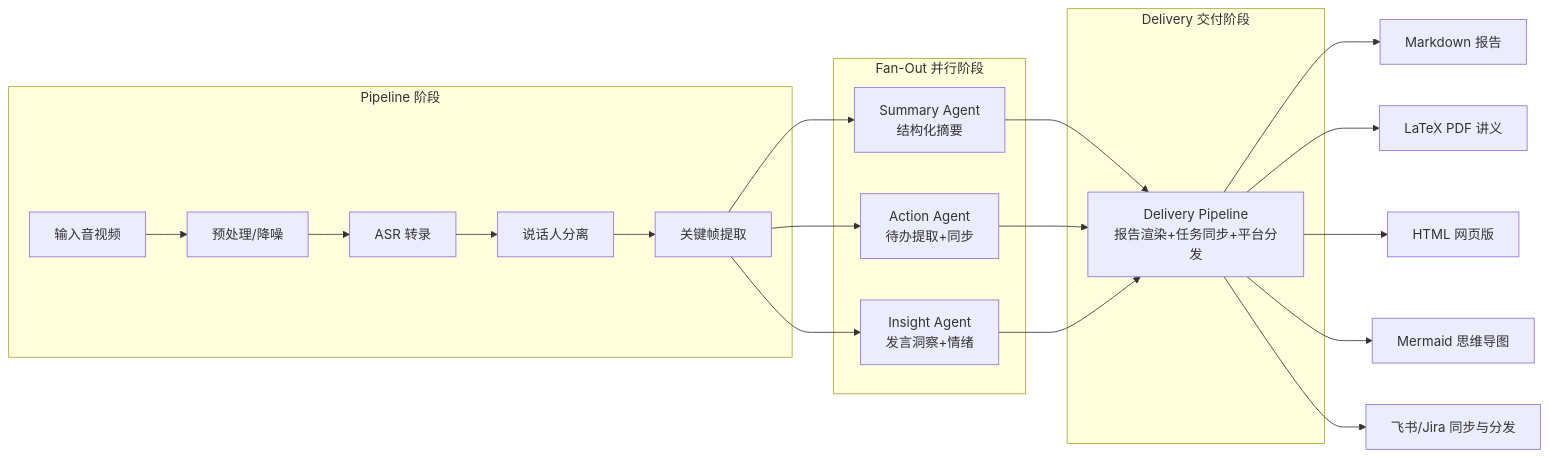
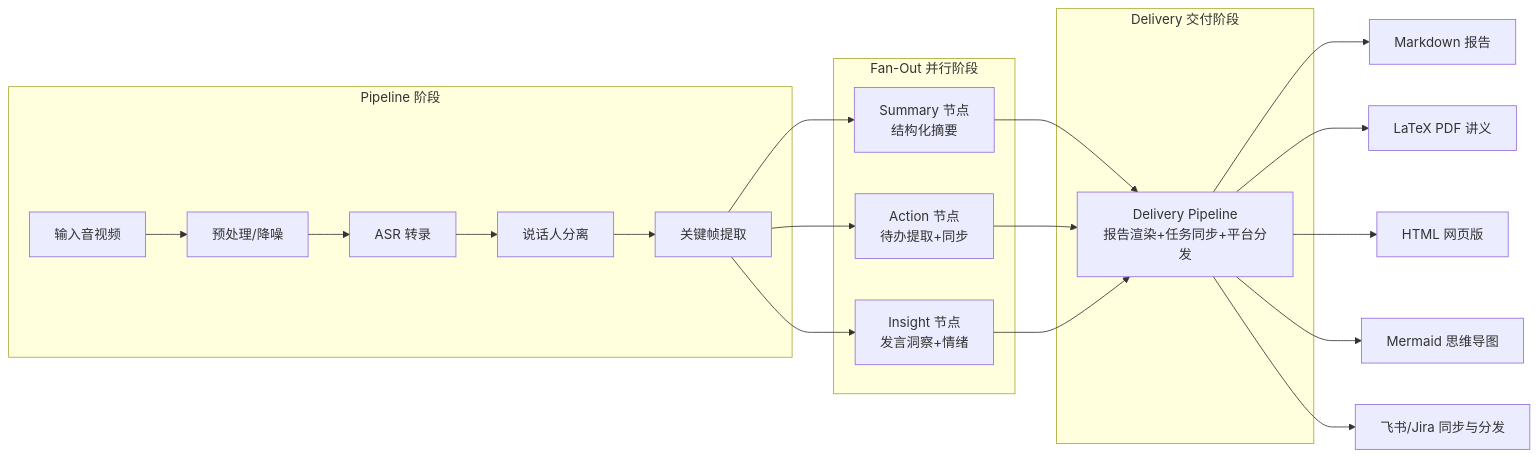
One commit to drfgjko/smartmeet-agent-suite changed the fourth of 5 diagrams in docs/architecture.md. Above: the diagram before and after it, drawn with Mermaid. The commit also changed other lines of this file and 4 other files, not shown here.

````diff
--- a/docs/architecture.md
+++ b/docs/architecture.md
@@ -244,28 +241,28 @@
 ```mermaid
 graph LR
     subgraph Pipeline["Pipeline 阶段"]
         Input["输入音视频"] --> Pre["预处理/降噪"]
         Pre --> ASR["ASR 转录"]
         ASR --> Diar["说话人分离"]
         Diar --> Frames["关键帧提取"]
     end
 
     subgraph FanOut["Fan-Out 并行阶段"]
-        S1["Summary Agent<br/>结构化摘要"]
-        S2["Action Agent<br/>待办提取+同步"]
-        S3["Insight Agent<br/>发言洞察+情绪"]
+        S1["Summary 节点<br/>结构化摘要"]
+        S2["Action 节点<br/>待办提取+同步"]
+        S3["Insight 节点<br/>发言洞察+情绪"]
     end
 
     subgraph FanIn["Delivery 交付阶段"]
         DEL["Delivery Pipeline<br/>报告渲染+任务同步+平台分发"]
     end
 
     Frames --> S1 & S2 & S3
     S1 & S2 & S3 --> DEL
     
     DEL --> MD["Markdown 报告"]
     DEL --> PDF["LaTeX PDF 讲义"]
     DEL --> HTML["HTML 网页版"]
     DEL --> MM["Mermaid 思维导图"]
     DEL --> DS["飞书/Jira 同步与分发"]
 ```
````
